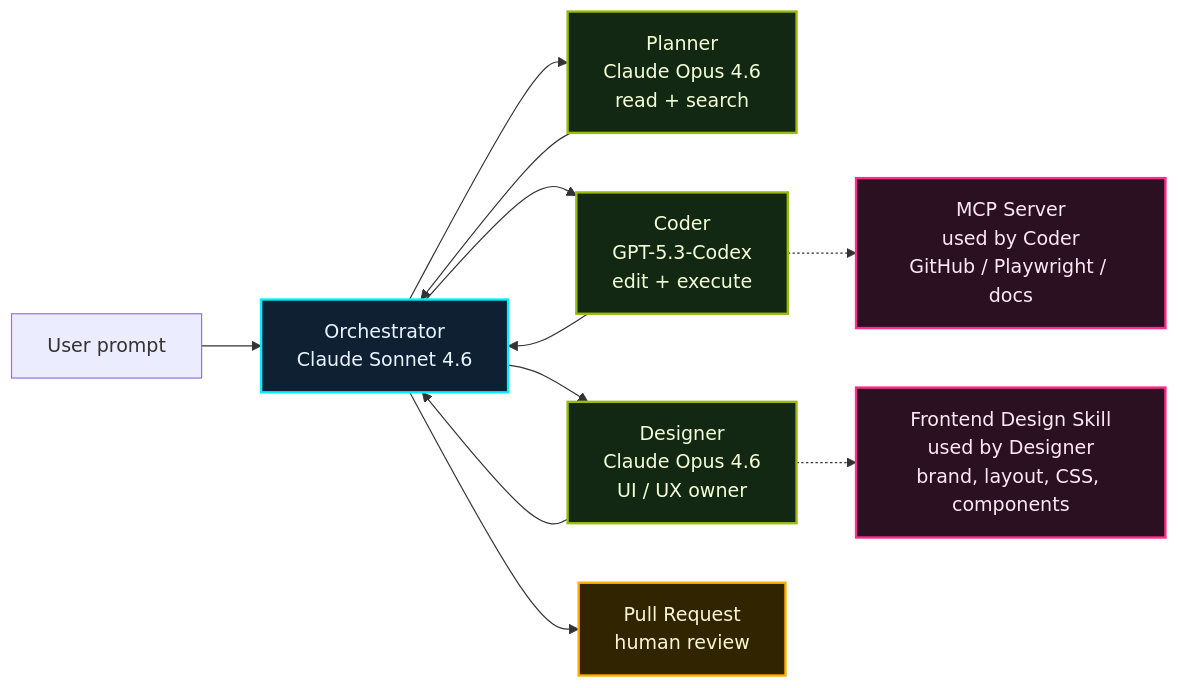
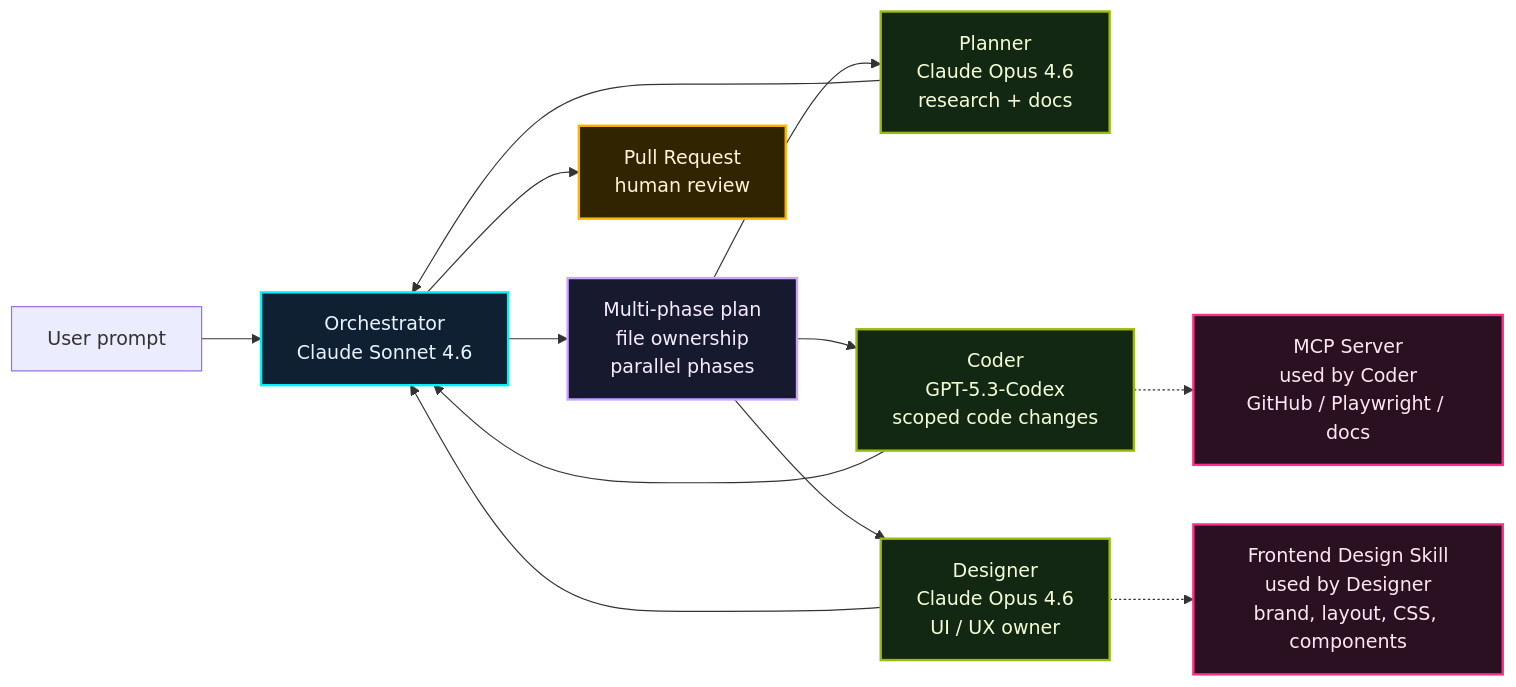
Before and after one commit to theomonfort/theomonfort: the diagram in src/content/glossary/harness-engineering.md, drawn with Mermaid. The commit also changed other lines of this file, not shown here.

````diff
--- a/src/content/glossary/harness-engineering.md
+++ b/src/content/glossary/harness-engineering.md
@@ -62,25 +88,28 @@
 ```mermaid
 flowchart LR
   User[User prompt] --> O[Orchestrator<br/>Claude Sonnet 4.6]
 
-  O --> P[Planner<br/>Claude Opus 4.6<br/>read + search]
-  O --> C[Coder<br/>GPT-5.3-Codex<br/>edit + execute]
-  O --> D[Designer<br/>Claude Opus 4.6<br/>UI / UX owner]
+  O --> Plan[Multi-phase plan<br/>file ownership<br/>parallel phases]
+  Plan --> P[Planner<br/>Claude Opus 4.6<br/>research + docs]
+  Plan --> C[Coder<br/>GPT-5.3-Codex<br/>scoped code changes]
+  Plan --> D[Designer<br/>Claude Opus 4.6<br/>UI / UX owner]
 
   D -.-> S[Frontend Design Skill<br/>used by Designer<br/>brand, layout, CSS, components]
   C -.-> M[MCP Server<br/>used by Coder<br/>GitHub / Playwright / docs]
 
   P --> O
   C --> O
   D --> O
   O --> R[Pull Request<br/>human review]
 
   classDef host fill:#102033,stroke:#00f0ff,color:#e8f4ff,stroke-width:2px;
+  classDef plan fill:#17192f,stroke:#c9a5ff,color:#f5edff,stroke-width:2px;
   classDef agent fill:#132812,stroke:#9bbc0f,color:#f4ffd8,stroke-width:2px;
   classDef harness fill:#2a1020,stroke:#ff2e88,color:#ffe8f4,stroke-width:2px;
   classDef ship fill:#302500,stroke:#ffb000,color:#fff4d6,stroke-width:2px;
   class O host;
+  class Plan plan;
   class P,C,D agent;
   class S,M harness;
   class R ship;
 ```
````
